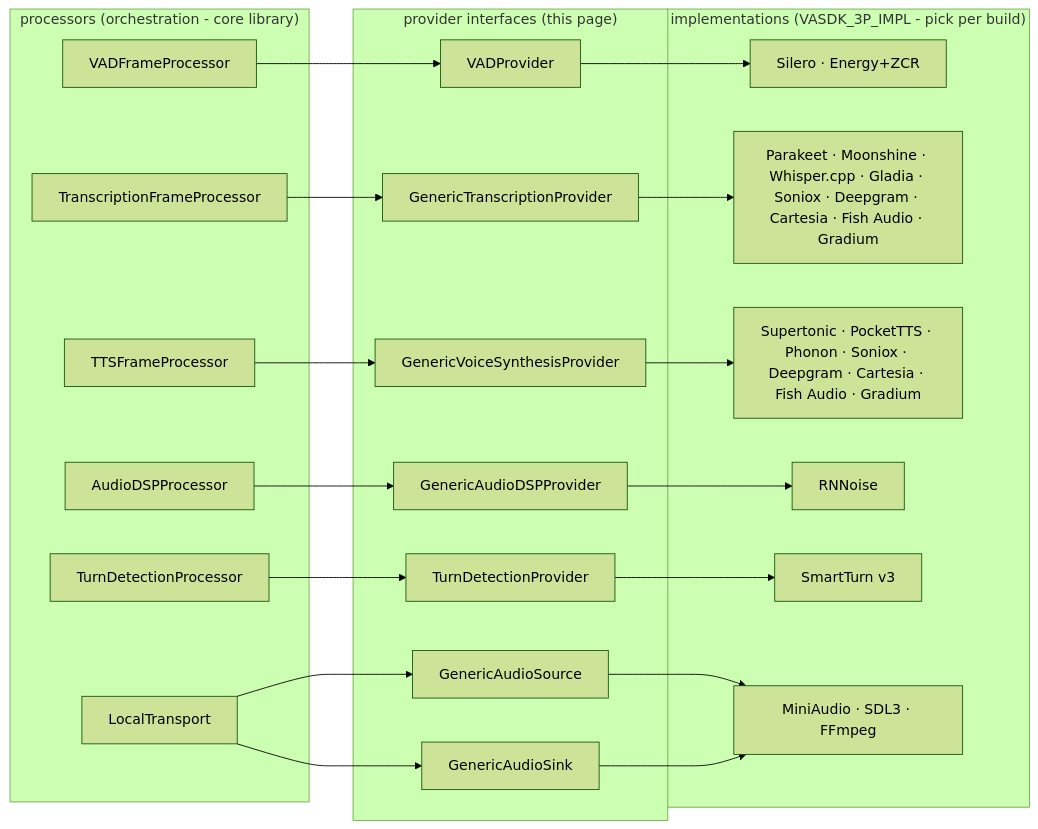
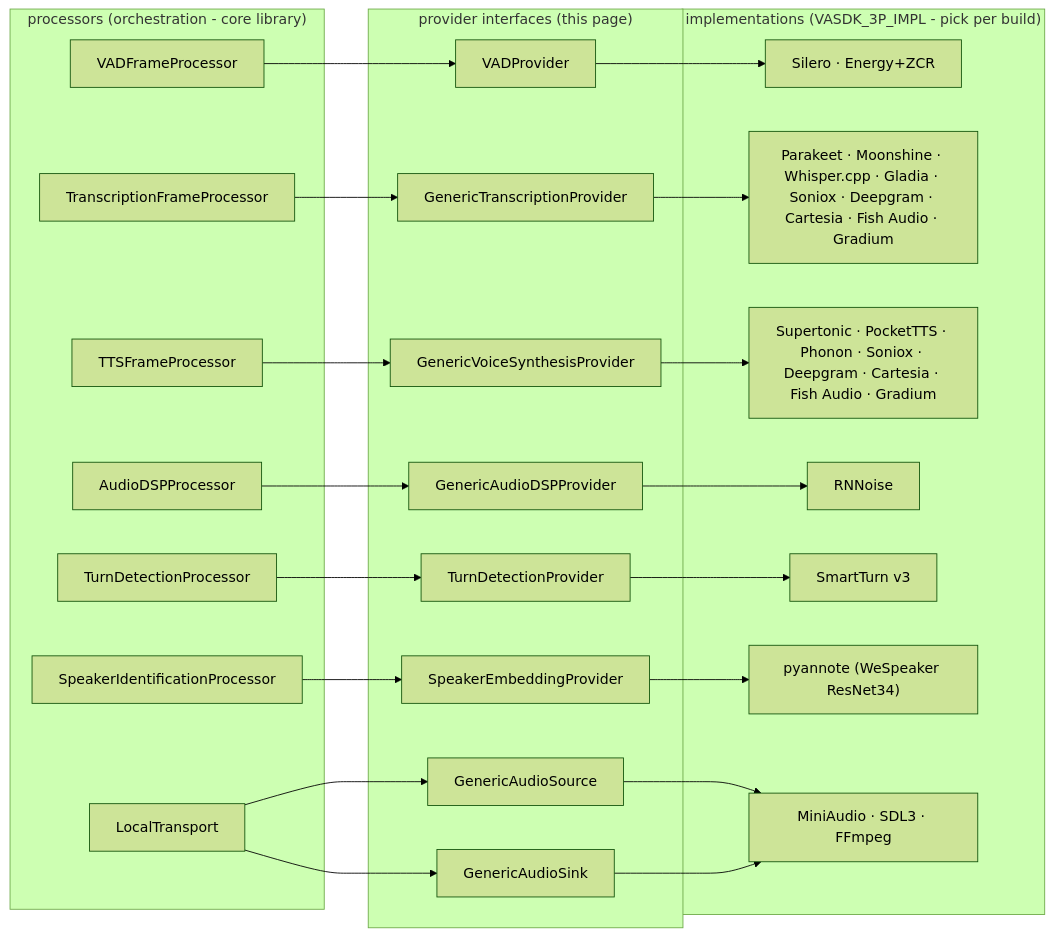
Before and after one commit to fatehmtd/VASDK: the diagram in docs/reference/providers.md, drawn with Mermaid (forest theme). The commit also changed other lines of this file and 7 other files, not shown here.

First line of the commit message:
feat: Add speaker identification processor, provider interface and frames

````diff
--- a/docs/reference/providers.md
+++ b/docs/reference/providers.md
@@ -7,34 +7,38 @@
 ```mermaid
 flowchart LR
     subgraph Processors["processors (orchestration - core library)"]
         VADP["VADFrameProcessor"]
         STTP["TranscriptionFrameProcessor"]
         TTSP["TTSFrameProcessor"]
         DSPP["AudioDSPProcessor"]
         TDP["TurnDetectionProcessor"]
+        SIP["SpeakerIdentificationProcessor"]
         LT["LocalTransport"]
     end
     subgraph Providers["provider interfaces (this page)"]
         VAD["VADProvider"]
         STT["GenericTranscriptionProvider"]
         TTS["GenericVoiceSynthesisProvider"]
         DSP["GenericAudioDSPProvider"]
         TD["TurnDetectionProvider"]
+        SE["SpeakerEmbeddingProvider"]
         SRC["GenericAudioSource"]
         SNK["GenericAudioSink"]
     end
     subgraph Impls["implementations (VASDK_3P_IMPL - pick per build)"]
         I1["Silero · Energy+ZCR"]
         I2["Parakeet · Moonshine · Whisper.cpp · Gladia · Soniox · Deepgram · Cartesia · Fish Audio · Gradium"]
         I3["Supertonic · PocketTTS · Phonon · Soniox · Deepgram · Cartesia · Fish Audio · Gradium"]
         I4["RNNoise"]
         I5["SmartTurn v3"]
+        I7["pyannote (WeSpeaker ResNet34)"]
         I6["MiniAudio · SDL3 · FFmpeg"]
     end
     VADP --> VAD --> I1
     STTP --> STT --> I2
     TTSP --> TTS --> I3
     DSPP --> DSP --> I4
     TDP --> TD --> I5
+    SIP --> SE --> I7
     LT --> SRC & SNK --> I6
 ```
````
